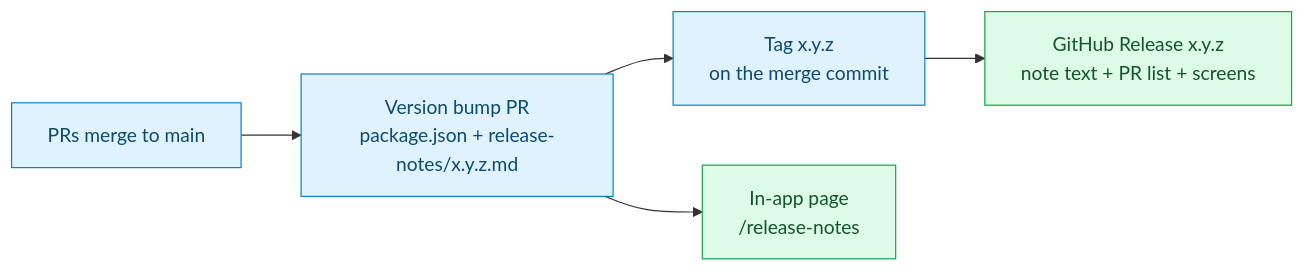
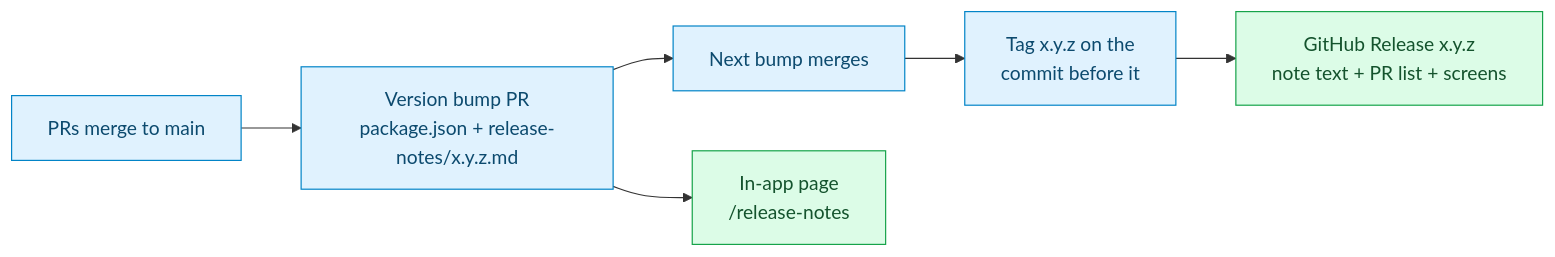
One commit to Dharp02/timehuddle changed the diagram in .github/plans/634-release-notes.md. Above: the diagram before and after it, drawn with Mermaid. The commit also changed other lines of this file and 1 other file, not shown here.

First line of the commit message:
docs(release-notes): tag each version on the last commit it shipped from

````diff
--- a/.github/plans/634-release-notes.md
+++ b/.github/plans/634-release-notes.md
@@ -34,12 +36,13 @@
 ```mermaid
 flowchart LR
     Merge["PRs merge to main"] --> Bump["Version bump PR<br/>package.json + release-notes/x.y.z.md"]
-    Bump --> Tag["Tag x.y.z<br/>on the merge commit"]
+    Bump --> Next["Next bump merges"]
+    Next --> Tag["Tag x.y.z on the<br/>commit before it"]
     Tag --> Release["GitHub Release x.y.z<br/>note text + PR list + screens"]
     Bump --> App["In-app page<br/>/release-notes"]
 
     classDef git fill:#e0f2fe,stroke:#0284c7,color:#0c4a6e
     classDef user fill:#dcfce7,stroke:#16a34a,color:#14532d
-    class Merge,Bump,Tag git
+    class Merge,Bump,Next,Tag git
     class Release,App user
 ```
````
